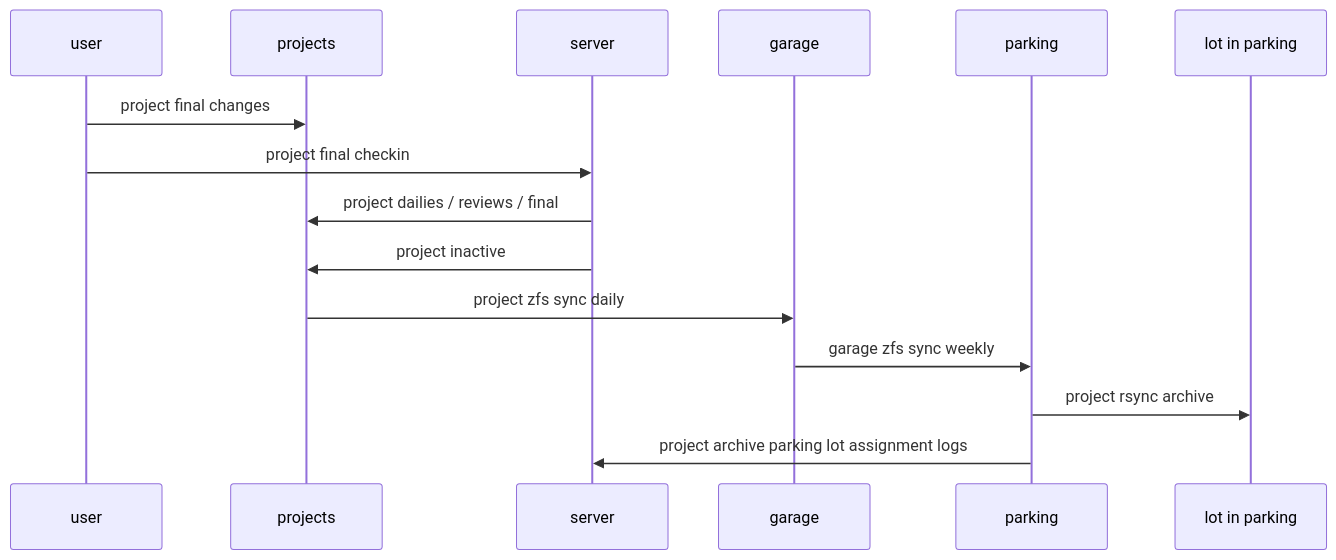
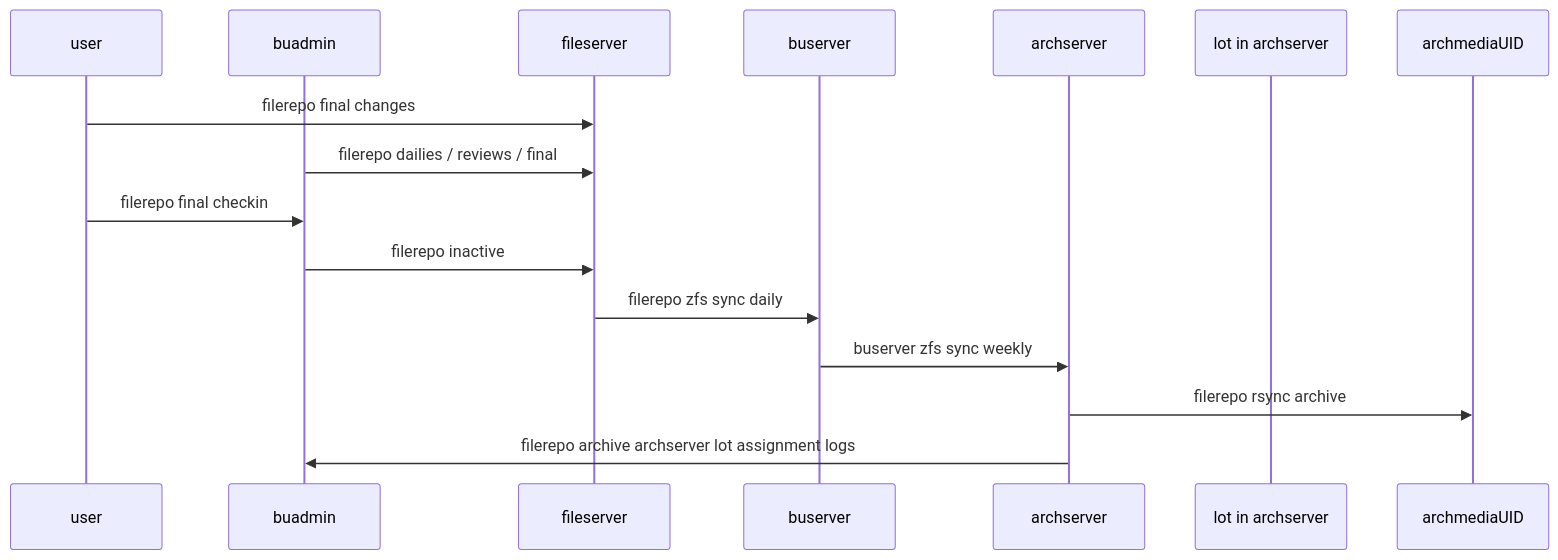
The second of 4 diagrams in docs/ops/backup/backup-diagram.md (2cld/netstack), drawn with Mermaid before and after one commit. The commit also changed other lines of this file, not shown here.

````diff
--- a/docs/ops/backup/backup-diagram.md
+++ b/docs/ops/backup/backup-diagram.md
@@ -21,11 +21,17 @@
 ```mermaid
 sequenceDiagram
-    user->>projects: project final changes
-    user->>server: project final checkin
-    server->>projects: project dailies / reviews / final
-    server->>projects: project inactive
-    projects->>garage: project zfs sync daily
-    garage->>parking: garage zfs sync weekly
-    parking->>lot in parking: project rsync archive
-    parking->>server: project archive parking lot assignment logs
+    participant user
+    participant buadmin
+    participant fileserver
+    participant buserver
+    participant archserver
+    participant lot in archserver
+    user->>fileserver: filerepo final changes
+    buadmin->>fileserver: filerepo dailies / reviews / final
+    user->>buadmin: filerepo final checkin
+    buadmin->>fileserver: filerepo inactive
+    fileserver->>buserver: filerepo zfs sync daily
+    buserver->>archserver: buserver zfs sync weekly
+    archserver->>archmediaUID: filerepo rsync archive
+    archserver->>buadmin: filerepo archive archserver lot assignment logs
 ```
````
